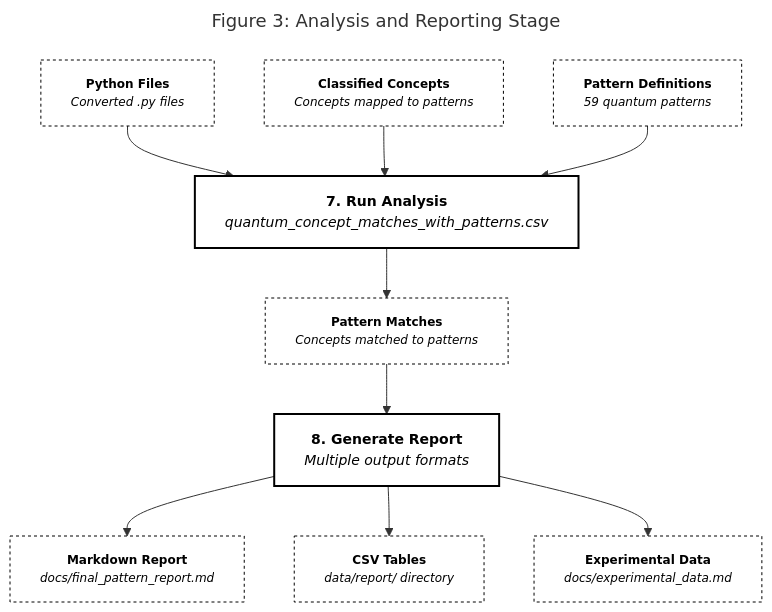
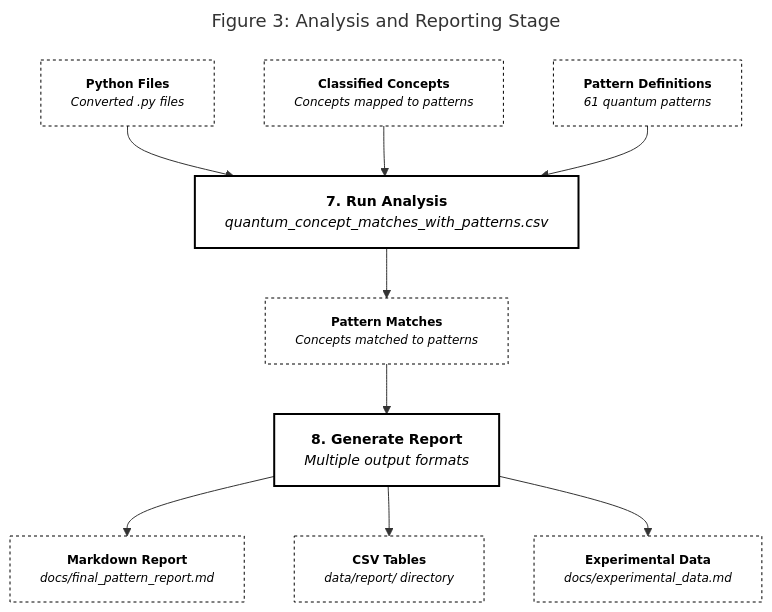
One commit to ramalhoneilson/qpa changed the diagram in docs/diagram3.mermaid. Above: the diagram before and after it, drawn with Mermaid. The commit also changed 1 other file, not shown here.

Commit message:
Adjust diagrams

```diff
--- a/docs/diagram3.mermaid
+++ b/docs/diagram3.mermaid
@@ -1,33 +1,33 @@
 ---
 title: 'Figure 3: Analysis and Reporting Stage'
 ---
 graph TD
 %% Input Data Artifacts from Previous Stages
     D1[<strong>Python Files</strong><br/><i>Converted .py files</i>]
     F1[<strong>Classified Concepts</strong><br/><i>Concepts mapped to patterns</i>]
-    A1[<strong>Pattern Definitions</strong><br/><i>59 quantum patterns</i>]
+    A1[<strong>Pattern Definitions</strong><br/><i>61 quantum patterns</i>]
 
 %% Analysis and Reporting Process
     G[<strong>7. Run Analysis</strong><br/><i>quantum_concept_matches_with_patterns.csv</i>]
     H[<strong>8. Generate Report</strong><br/><i>Multiple output formats</i>]
 
 %% Final Output Artifacts
     G1[<strong>Pattern Matches</strong><br/><i>Concepts matched to patterns</i>]
     H1[<strong>Markdown Report</strong><br/><i>docs/final_pattern_report.md</i>]
     H2[<strong>CSV Tables</strong><br/><i>data/report/ directory</i>]
     H3[<strong>Experimental Data</strong><br/><i>docs/experimental_data.md</i>]
 
 %% Connections
     D1 --> G
     F1 --> G
     A1 --> G
     G --> G1 --> H
     H --> H1 & H2 & H3
 
 %% Styling
     classDef process fill:white,color:black,stroke:black,stroke-width:2px,font-size:14px
     classDef data fill:white,color:black,stroke:black,stroke-width:1px,stroke-dasharray: 3 3,font-size:12px
 
 %% Apply styles
     class D1,F1,A1,G1,H1,H2,H3 data
     class G,H process
```
